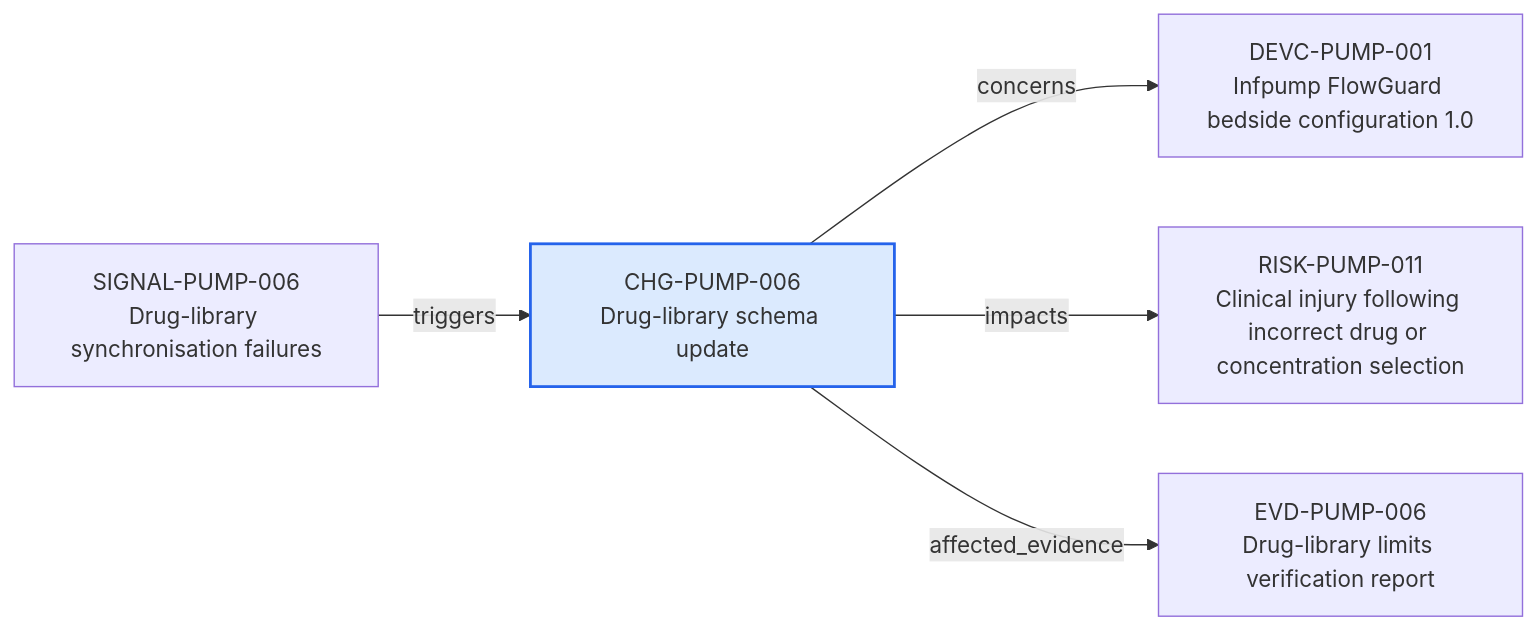
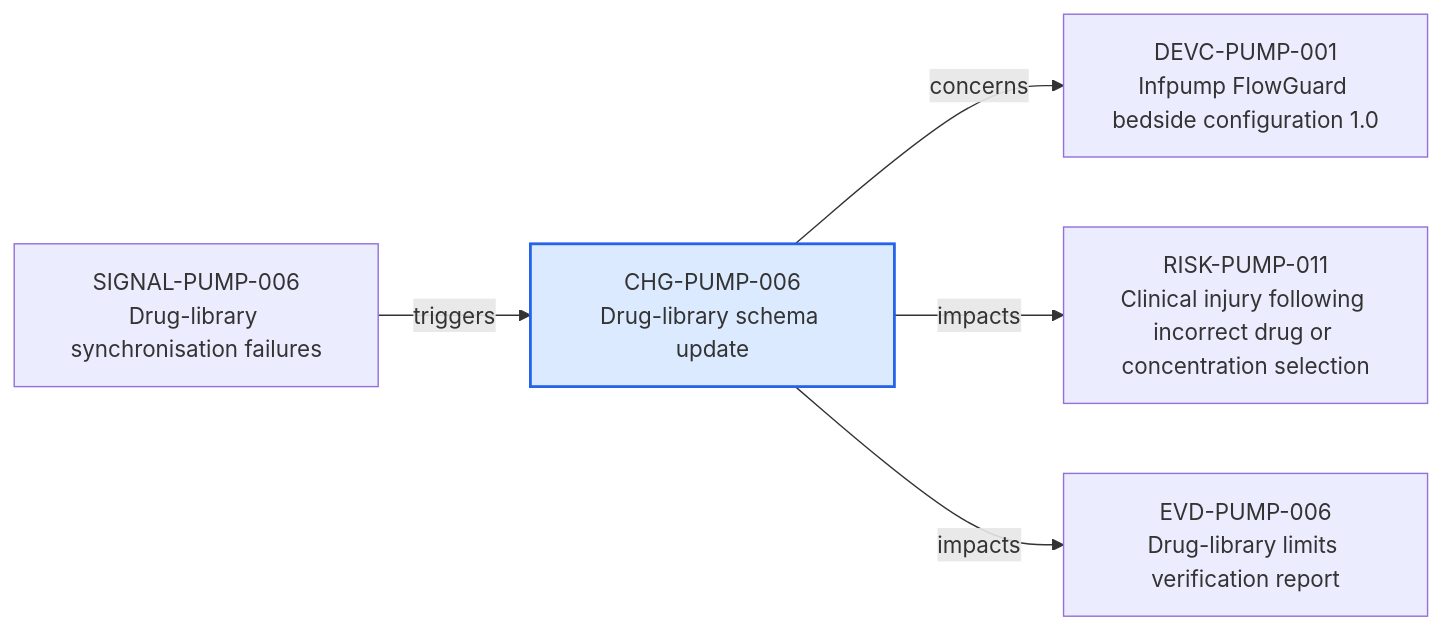
The diagram in content/06-Infpump FlowGuard ontology notes/change/CHG-PUMP-006-drug-library-schema-update.md (mvattulainen/mdrontology), drawn with Mermaid before and after one commit. The commit also changed other lines of this file and 321 other files, not shown here.

Commit message:
Implement Mermaid ontology audit findings

````diff
--- a/content/06-Infpump FlowGuard ontology notes/change/CHG-PUMP-006-drug-library-schema-update.md
+++ b/content/06-Infpump FlowGuard ontology notes/change/CHG-PUMP-006-drug-library-schema-update.md
@@ -81,14 +78,14 @@
 ```mermaid
 flowchart LR
   CURRENT["CHG-PUMP-006<br/>Drug-library schema update"]
   PREV0["SIGNAL-PUMP-006<br/>Drug-library synchronisation failures"]
   PREV0 -->|"triggers"| CURRENT
   NEXT0["DEVC-PUMP-001<br/>Infpump FlowGuard bedside configuration 1.0"]
   CURRENT -->|"concerns"| NEXT0
   NEXT1["RISK-PUMP-011<br/>Clinical injury following incorrect drug or concentration selection"]
   CURRENT -->|"impacts"| NEXT1
   NEXT2["EVD-PUMP-006<br/>Drug-library limits verification report"]
-  CURRENT -->|"affected_evidence"| NEXT2
+  CURRENT -->|"impacts"| NEXT2
   classDef current fill:#dbeafe,stroke:#2563eb,stroke-width:2px
   class CURRENT current
 ```
````
